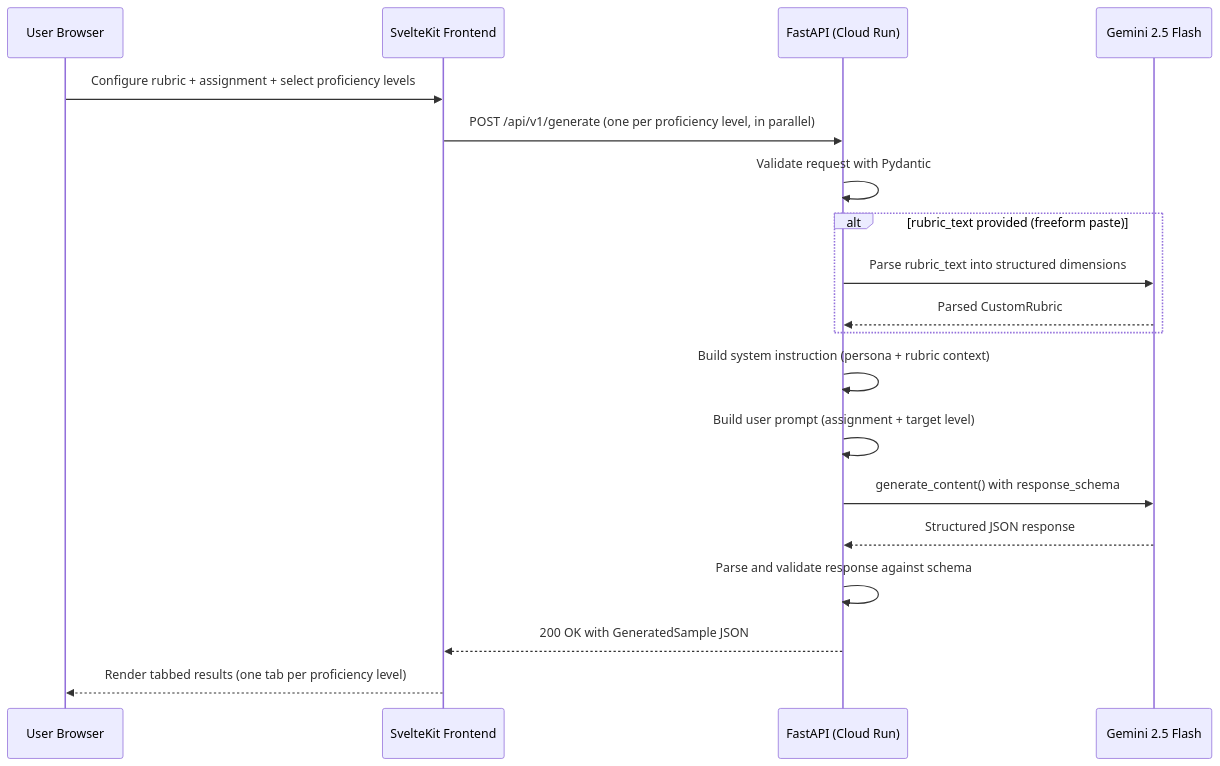
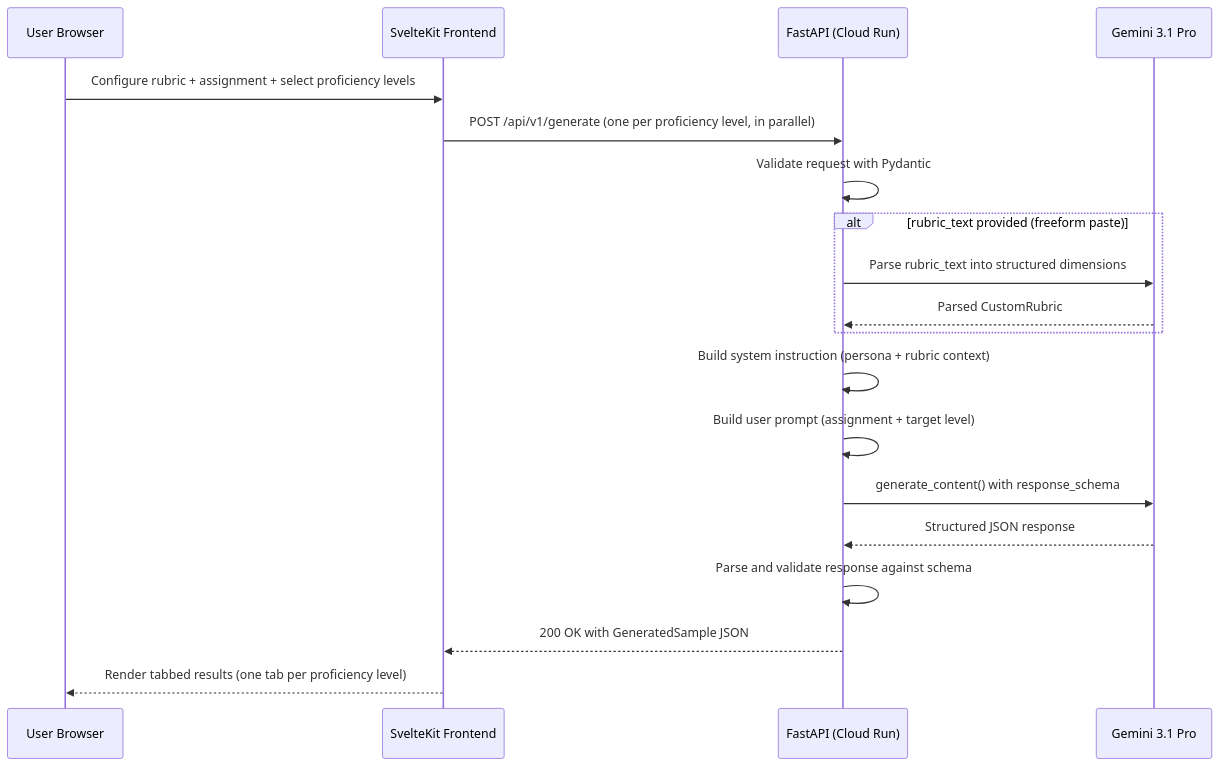
One commit to jking-ai/synthetic-student-generator changed the second of 2 diagrams in docs/architecture.md. Above: the diagram before and after it, drawn with Mermaid. The commit also changed other lines of this file and 7 other files, not shown here.

First line of the commit message:
Upgrade Gemini model to 3.1 Pro preview for stronger persona reasoning

````diff
--- a/docs/architecture.md
+++ b/docs/architecture.md
@@ -48,22 +48,22 @@
 ```mermaid
 sequenceDiagram
     participant U as User Browser
     participant FE as SvelteKit Frontend
     participant API as FastAPI (Cloud Run)
-    participant LLM as Gemini 2.5 Flash
+    participant LLM as Gemini 3.1 Pro
 
     U->>FE: Configure rubric + assignment + select proficiency levels
     FE->>API: POST /api/v1/generate (one per proficiency level, in parallel)
     API->>API: Validate request with Pydantic
     alt rubric_text provided (freeform paste)
         API->>LLM: Parse rubric_text into structured dimensions
         LLM-->>API: Parsed CustomRubric
     end
     API->>API: Build system instruction (persona + rubric context)
     API->>API: Build user prompt (assignment + target level)
     API->>LLM: generate_content() with response_schema
     LLM-->>API: Structured JSON response
     API->>API: Parse and validate response against schema
     API-->>FE: 200 OK with GeneratedSample JSON
     FE-->>U: Render tabbed results (one tab per proficiency level)
 ```
````
